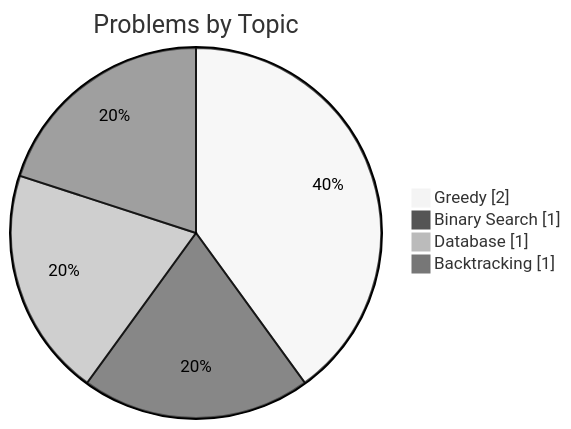
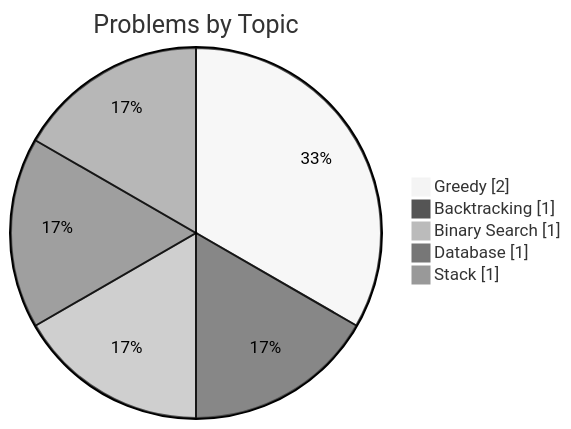
The second of 2 diagrams in README.md (samy-D5/Leetcode), drawn with Mermaid (neutral theme) before and after one commit. The commit also changed other lines of this file, not shown here.

````diff
--- a/README.md
+++ b/README.md
@@ -27,7 +27,8 @@
 ```mermaid
 pie showData title Problems by Topic
     "Greedy" : 2
+    "Backtracking" : 1
     "Binary Search" : 1
     "Database" : 1
-    "Backtracking" : 1
+    "Stack" : 1
 ```
````
